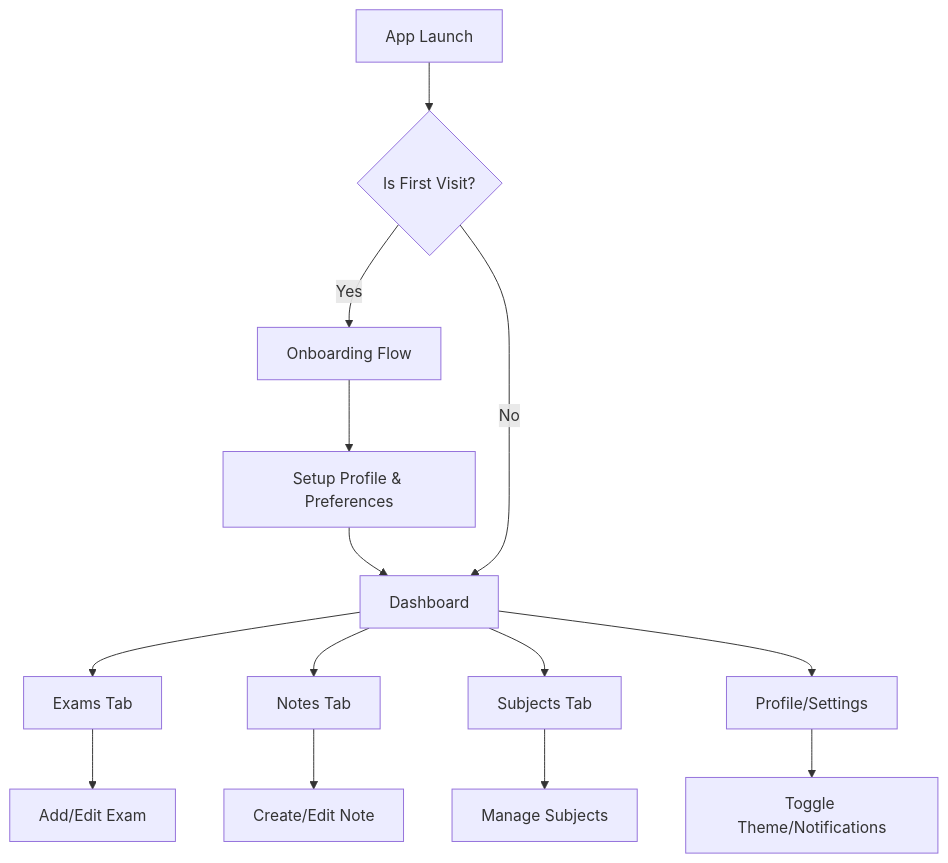
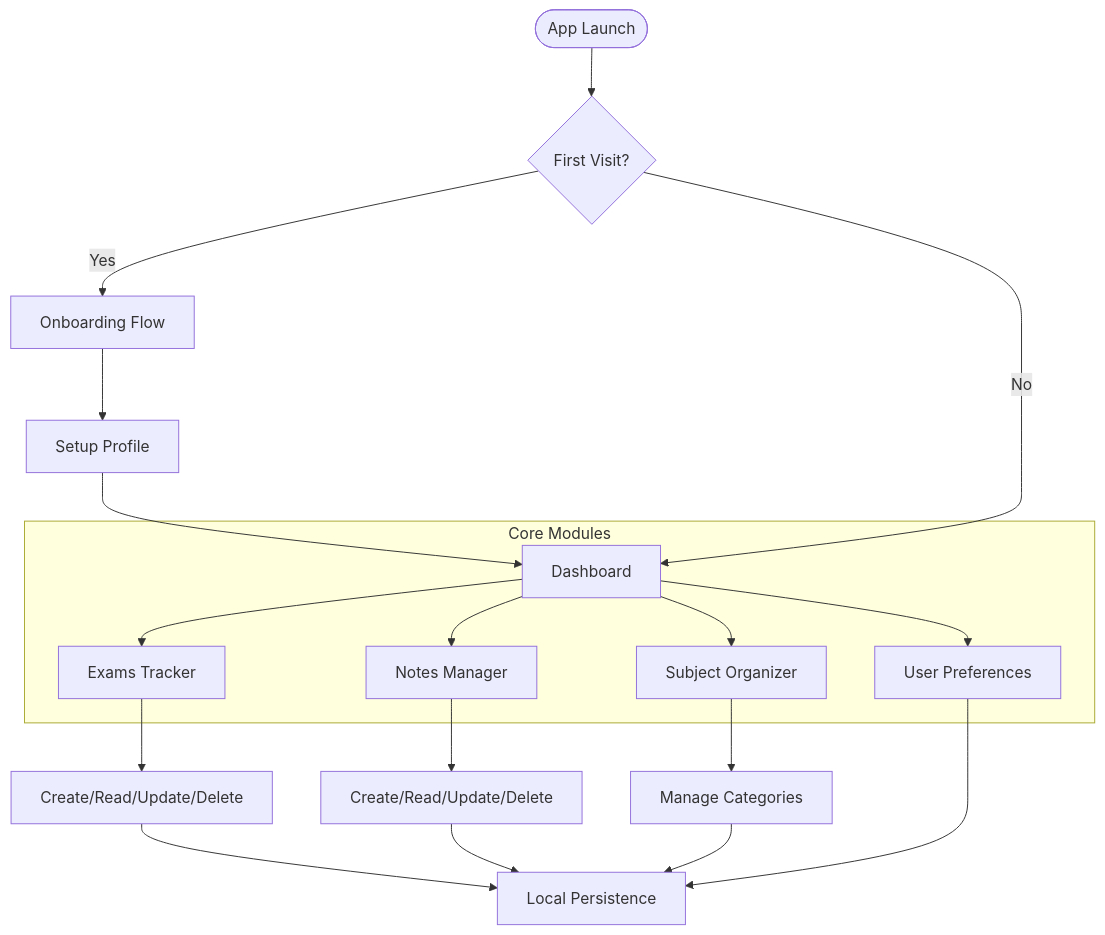
One commit to ft976/ExaMFloW changed the first of 2 diagrams in README.md. Above: the diagram before and after it, drawn with Mermaid. The commit also changed other lines of this file, not shown here.

First line of the commit message:
feat: Add live demo link and roadmap to README

````diff
--- a/README.md
+++ b/README.md
@@ -75,18 +92,24 @@
 ```mermaid
 graph TD
-    A[App Launch] --> B{Is First Visit?}
-    B -- Yes --> C[Onboarding Flow]
-    C --> D[Setup Profile & Preferences]
-    D --> E[Dashboard]
-    B -- No --> E[Dashboard]
+    Start([App Launch]) --> Auth{First Visit?}
+    Auth -- Yes --> Onboard[Onboarding Flow]
+    Onboard --> Profile[Setup Profile]
+    Profile --> Dash[Dashboard]
+    Auth -- No --> Dash
     
-    E --> F[Exams Tab]
-    E --> G[Notes Tab]
-    E --> H[Subjects Tab]
-    E --> I[Profile/Settings]
+    subgraph Core Modules
+    Dash --> Exams[Exams Tracker]
+    Dash --> Notes[Notes Manager]
+    Dash --> Subjects[Subject Organizer]
+    Dash --> Settings[User Preferences]
+    end
     
-    F --> J[Add/Edit Exam]
-    G --> K[Create/Edit Note]
-    H --> L[Manage Subjects]
-    I --> M[Toggle Theme/Notifications]
+    Exams --> CRUD_E[Create/Read/Update/Delete]
+    Notes --> CRUD_N[Create/Read/Update/Delete]
+    Subjects --> CRUD_S[Manage Categories]
+    
+    CRUD_E --> Sync[Local Persistence]
+    CRUD_N --> Sync
+    CRUD_S --> Sync
+    Settings --> Sync
 ```
````
